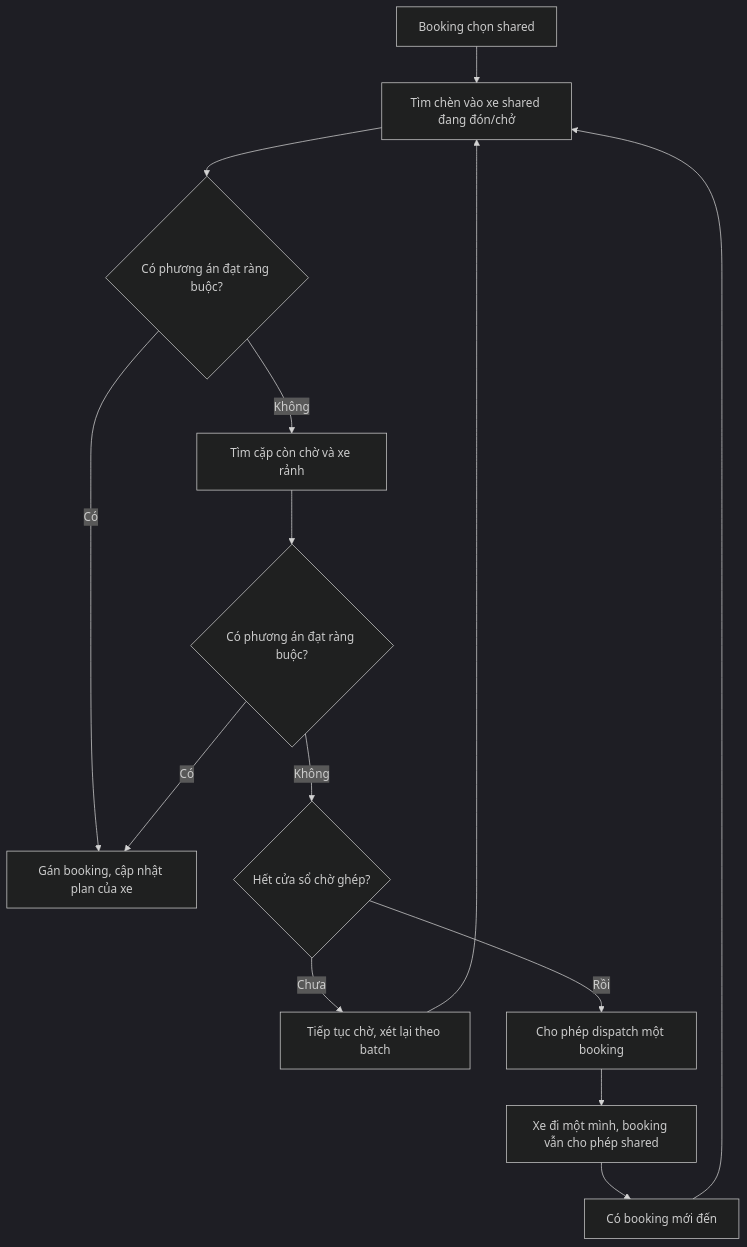
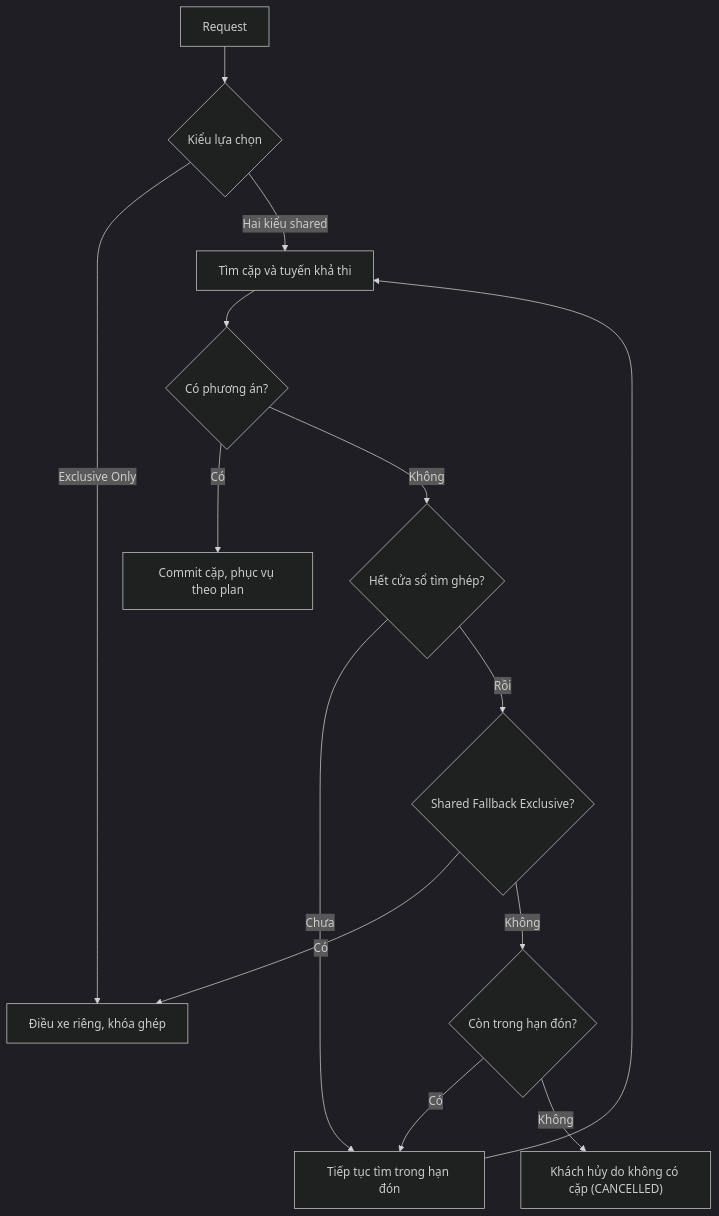
One commit to dwcsnh/kami changed the diagram in docs/research/shared-rides.md. Above: the diagram before and after it, drawn with Mermaid (dark theme). The commit also changed other lines of this file and 136 other files, not shown here.

````diff
--- a/docs/research/shared-rides.md
+++ b/docs/research/shared-rides.md
@@ -339,16 +332,16 @@
 ```mermaid
 flowchart TD
-    A["Booking chọn shared"] --> B["Tìm chèn vào xe shared đang đón/chở"]
-    B --> C{"Có phương án đạt ràng buộc?"}
-    C -- Có --> D["Gán booking, cập nhật plan của xe"]
-    C -- Không --> E["Tìm cặp còn chờ và xe rảnh"]
-    E --> F{"Có phương án đạt ràng buộc?"}
-    F -- Có --> D
-    F -- Không --> G{"Hết cửa sổ chờ ghép?"}
-    G -- Chưa --> H["Tiếp tục chờ, xét lại theo batch"]
-    H --> B
-    G -- Rồi --> I["Cho phép dispatch một booking"]
-    I --> J["Xe đi một mình, booking vẫn cho phép shared"]
-    J --> K["Có booking mới đến"]
-    K --> B
+    A["Request"] --> B{"Kiểu lựa chọn"}
+    B -- Exclusive Only --> C["Điều xe riêng, khóa ghép"]
+    B -- Hai kiểu shared --> D["Tìm cặp và tuyến khả thi"]
+    D --> E{"Có phương án?"}
+    E -- Có --> F["Commit cặp, phục vụ theo plan"]
+    E -- Không --> G{"Hết cửa sổ tìm ghép?"}
+    G -- Chưa --> H["Tiếp tục tìm trong hạn đón"]
+    H --> D
+    G -- Rồi --> I{"Shared Fallback Exclusive?"}
+    I -- Có --> C
+    I -- Không --> J{"Còn trong hạn đón?"}
+    J -- Có --> H
+    J -- Không --> K["Khách hủy do không có cặp (CANCELLED)"]
 ```
````
